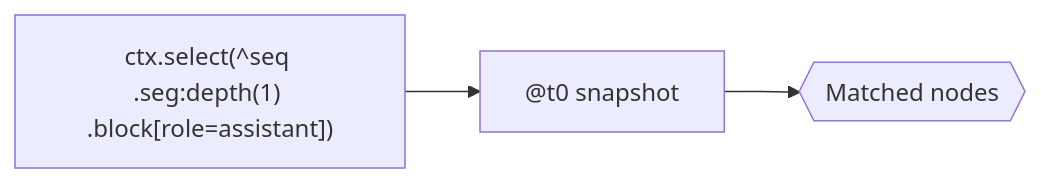
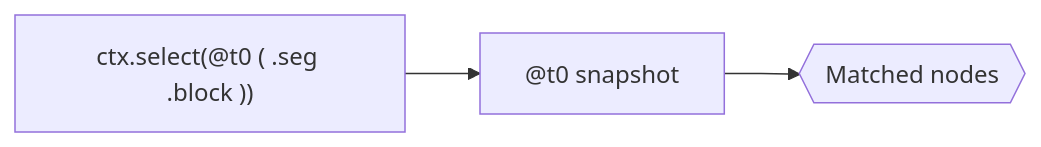
Before and after one commit to earldennison/PACT-spec: the fourth of 4 diagrams in docs/diagrams.md, drawn with Mermaid. The commit also changed 11 other files, not shown here.

````diff
--- a/docs/diagrams.md
+++ b/docs/diagrams.md
@@ -56,9 +56,9 @@
 ```mermaid
 graph LR
-  selector["ctx.select(^seq .seg:depth(1) .block[role=assistant])"]
+  selector["ctx.select(@t0 ( .seg .block ))"]
   snapshot["@t0 snapshot"]
   nodes{{Matched nodes}}
 
   selector --> snapshot --> nodes
 
 ```
````
